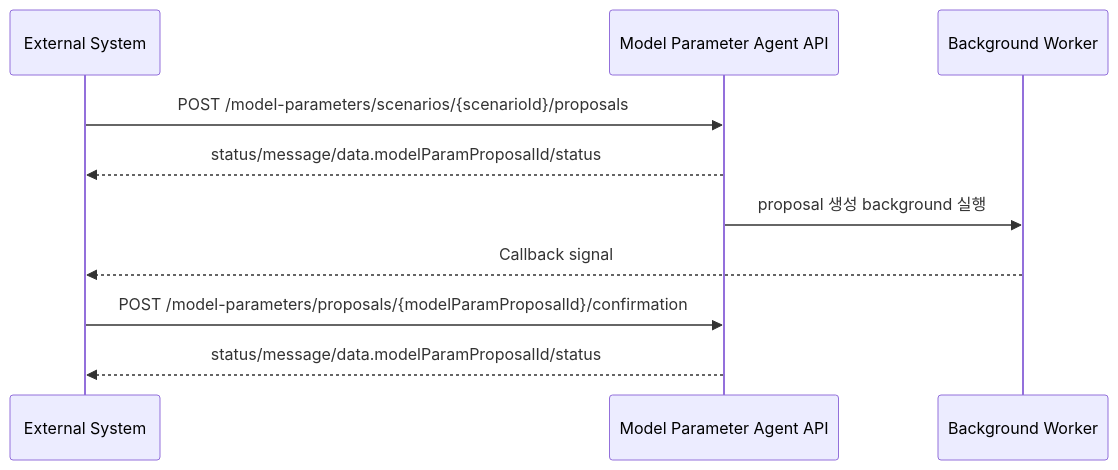
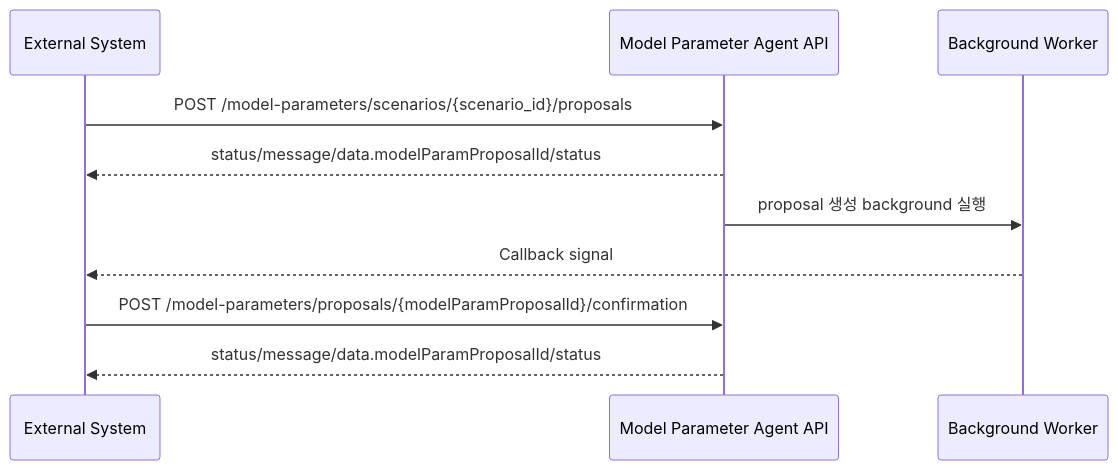
One commit to enkhbaatarL/skmip-mi-agent changed the diagram in apps/agents/model_parameter_agent/docs/MODEL_PARAMETER_AGENT_API_SPEC.md. Above: the diagram before and after it, drawn with Mermaid. The commit also changed other lines of this file and 7 other files, not shown here.

````diff
--- a/apps/agents/model_parameter_agent/docs/MODEL_PARAMETER_AGENT_API_SPEC.md
+++ b/apps/agents/model_parameter_agent/docs/MODEL_PARAMETER_AGENT_API_SPEC.md
@@ -76,13 +76,13 @@
 ```mermaid
 sequenceDiagram
     participant EXT as External System
     participant API as Model Parameter Agent API
     participant BG as Background Worker
 
-    EXT->>API: POST /model-parameters/scenarios/{scenarioId}/proposals
+    EXT->>API: POST /model-parameters/scenarios/{scenario_id}/proposals
     API-->>EXT: status/message/data.modelParamProposalId/status
     API->>BG: proposal 생성 background 실행
     BG-->>EXT: Callback signal
     EXT->>API: POST /model-parameters/proposals/{modelParamProposalId}/confirmation
     API-->>EXT: status/message/data.modelParamProposalId/status
 ```
````
